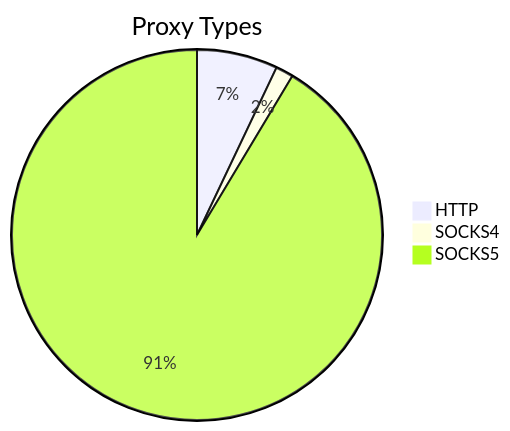
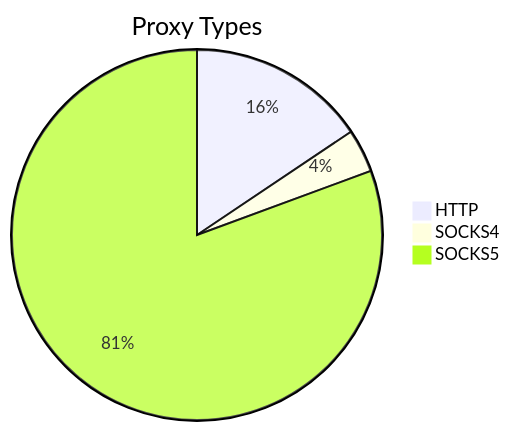
Before and after one commit to stormsia/proxy-list: the first of 2 diagrams in README.md, drawn with Mermaid. The commit also changed other lines of this file, not shown here.

````diff
--- a/README.md
+++ b/README.md
@@ -21,6 +21,6 @@
 ```mermaid
 pie title Proxy Types
-    "HTTP" : 128
-    "SOCKS4" : 28
-    "SOCKS5" : 1658
+    "HTTP" : 95
+    "SOCKS4" : 23
+    "SOCKS5" : 491
 ```
````
